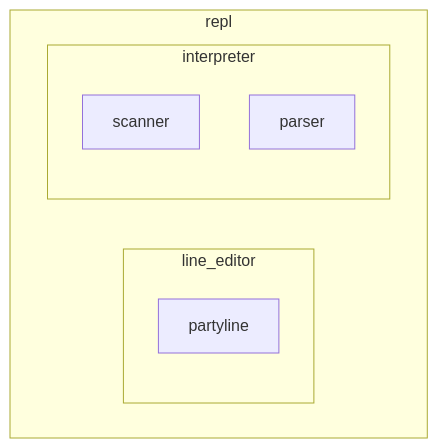
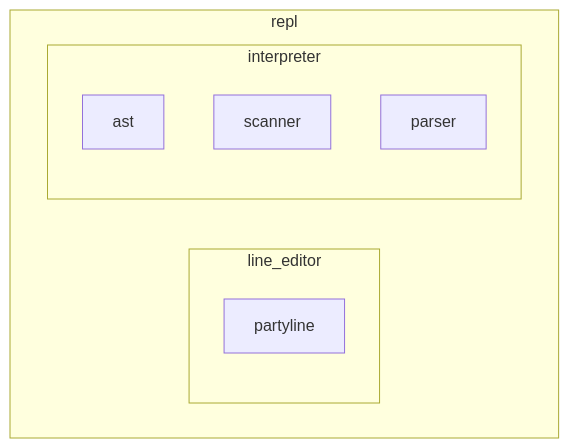
Before and after one commit to mharrisb1/tinyshell: the diagram in README.md, drawn with Mermaid.

Commit message:
chore(docs): add ast to arch diagram

````diff
--- a/README.md
+++ b/README.md
@@ -44,13 +44,14 @@
 ```mermaid
 flowchart TD
 
     subgraph repl
         subgraph line_editor
             partyline
         end
         subgraph interpreter
+            ast
             scanner
             parser
         end
     end
 ```
````
